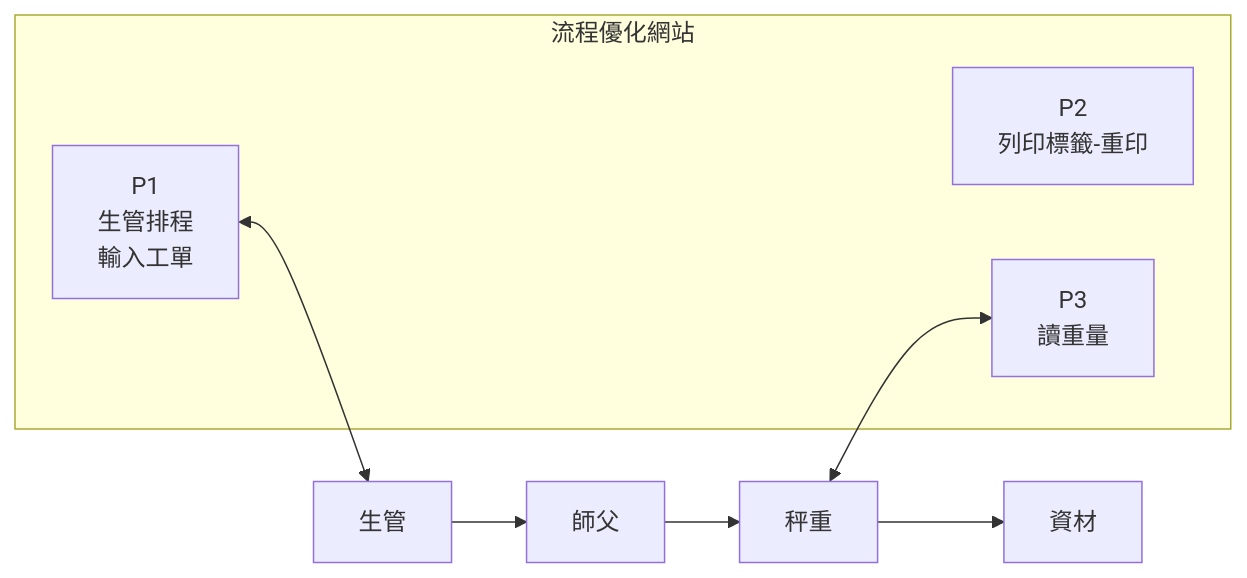
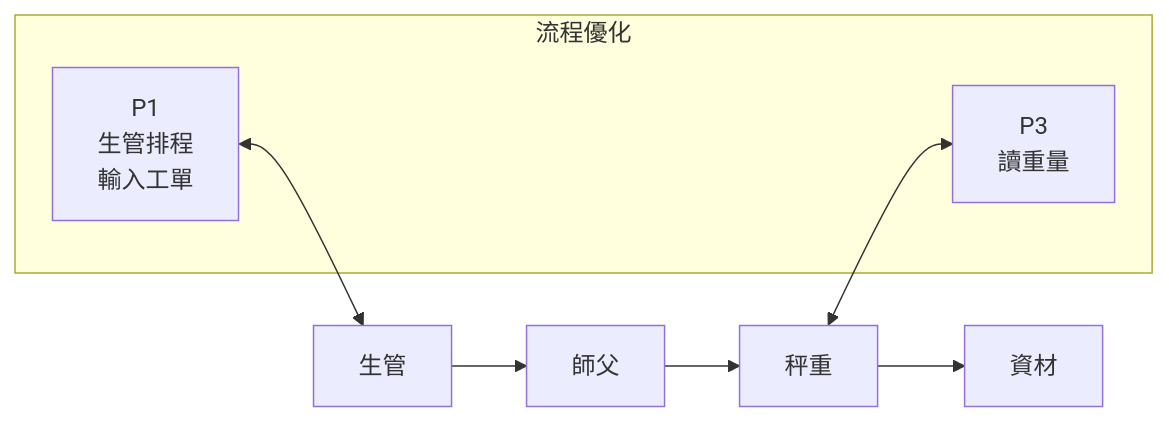
The second of 4 diagrams in README.md (ericchou42/OptimizationFlow), drawn with Mermaid before and after one commit. The commit also changed other lines of this file and 4 other files, not shown here.

````diff
--- a/README.md
+++ b/README.md
@@ -28,21 +28,19 @@
 ```mermaid
 graph LR;
 A[生管]
 B[師父]
 C[秤重]
 D[資材]
 E[P1<br>生管排程<br>輸入工單]
-F[P2<br>列印標籤-重印]
 G[P3<br>讀重量]
-subgraph "流程優化網站"
+subgraph "流程優化"
     G
-    F
     E
 end
 A --> B
 B --> C
 C --> D
 
 E <--> A
 C <--> G
 ```
````
